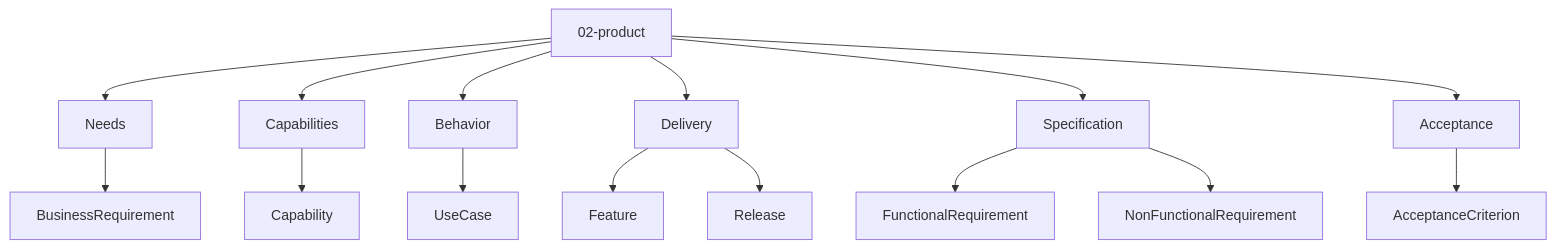
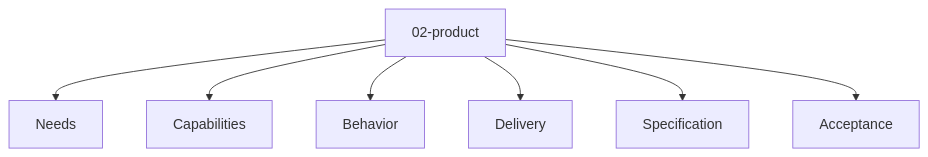
One commit to phuc10kn/task_transportor changed the diagram in docs/guide/reference/entity-maps/02-product.md. Above: the diagram before and after it, drawn with Mermaid. The commit also changed other lines of this file and 59 other files, not shown here.

````diff
--- a/docs/guide/reference/entity-maps/02-product.md
+++ b/docs/guide/reference/entity-maps/02-product.md
@@ -11,19 +11,10 @@
 ```mermaid
 flowchart TB
   P[02-product]
   P --> Needs
   P --> Capabilities
   P --> Behavior
   P --> Delivery
   P --> Specification
   P --> Acceptance
-
-  Needs --> BusinessRequirement
-  Capabilities --> Capability
-  Behavior --> UseCase
-  Delivery --> Feature
-  Delivery --> Release
-  Specification --> FunctionalRequirement
-  Specification --> NonFunctionalRequirement
-  Acceptance --> AcceptanceCriterion
 ```
````
